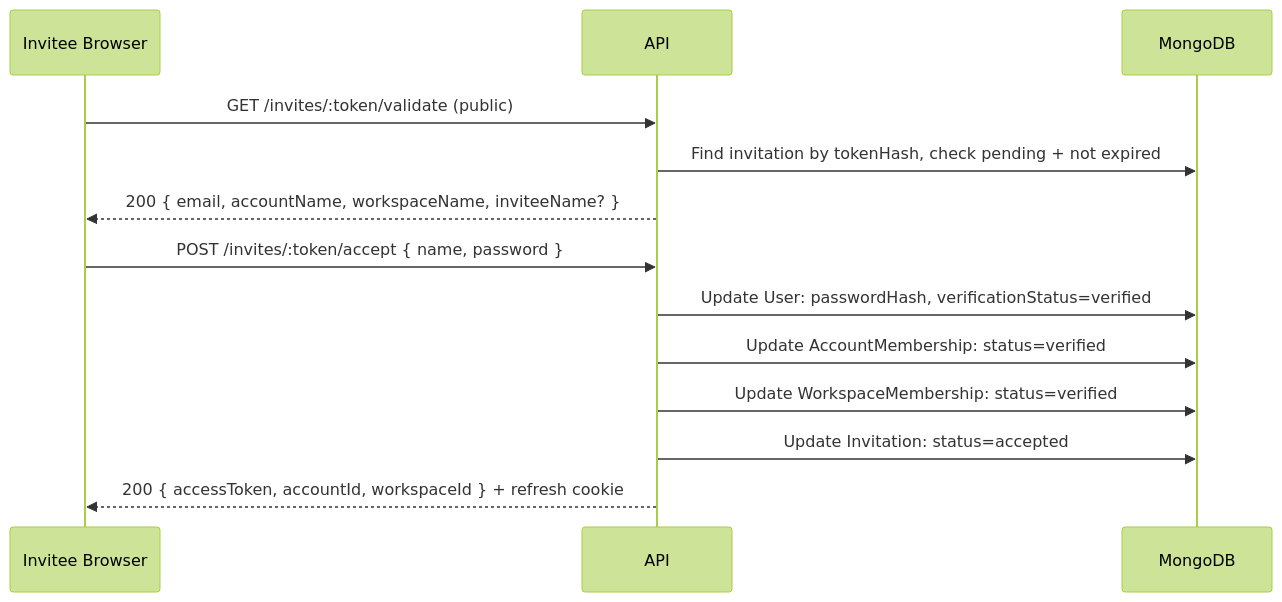
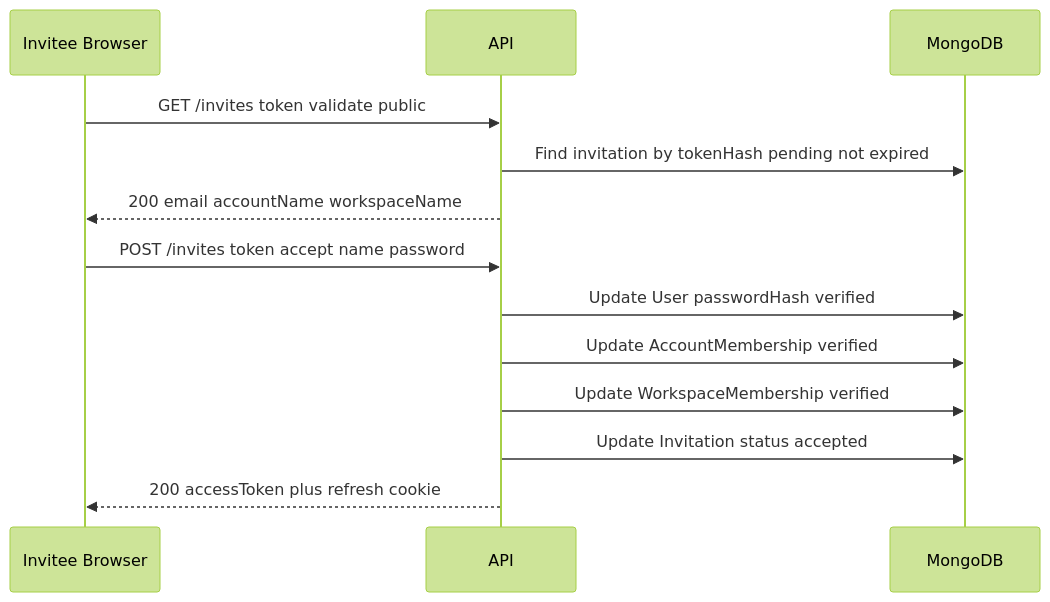
One commit to prem2282/trubot_task_manager changed the sixth of 9 diagrams in ARCHITECTURE.md. Above: the diagram before and after it, drawn with Mermaid (forest theme). The commit also changed other lines of this file, not shown here.

Commit message:
fixed mermaid diagram systax in ARCHITECTURE.MD

````diff
--- a/ARCHITECTURE.md
+++ b/ARCHITECTURE.md
@@ -483,17 +483,17 @@
 ```mermaid
 sequenceDiagram
     participant I as Invitee Browser
     participant A as API
     participant D as MongoDB
 
-    I->>A: GET /invites/:token/validate (public)
-    A->>D: Find invitation by tokenHash, check pending + not expired
-    A-->>I: 200 { email, accountName, workspaceName, inviteeName? }
+    I->>A: GET /invites token validate public
+    A->>D: Find invitation by tokenHash pending not expired
+    A-->>I: 200 email accountName workspaceName
 
-    I->>A: POST /invites/:token/accept { name, password }
-    A->>D: Update User: passwordHash, verificationStatus=verified
-    A->>D: Update AccountMembership: status=verified
-    A->>D: Update WorkspaceMembership: status=verified
-    A->>D: Update Invitation: status=accepted
-    A-->>I: 200 { accessToken, accountId, workspaceId } + refresh cookie
+    I->>A: POST /invites token accept name password
+    A->>D: Update User passwordHash verified
+    A->>D: Update AccountMembership verified
+    A->>D: Update WorkspaceMembership verified
+    A->>D: Update Invitation status accepted
+    A-->>I: 200 accessToken plus refresh cookie
 ```
````
